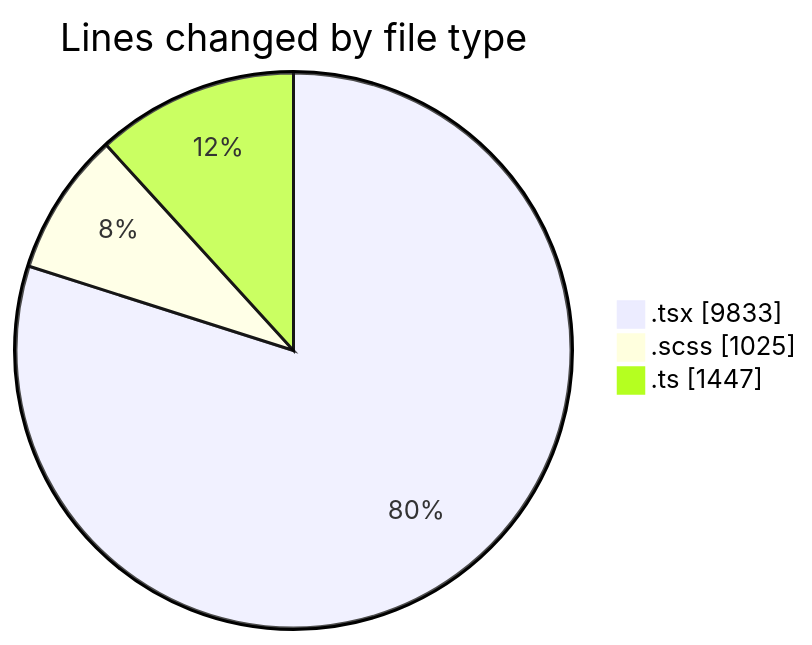
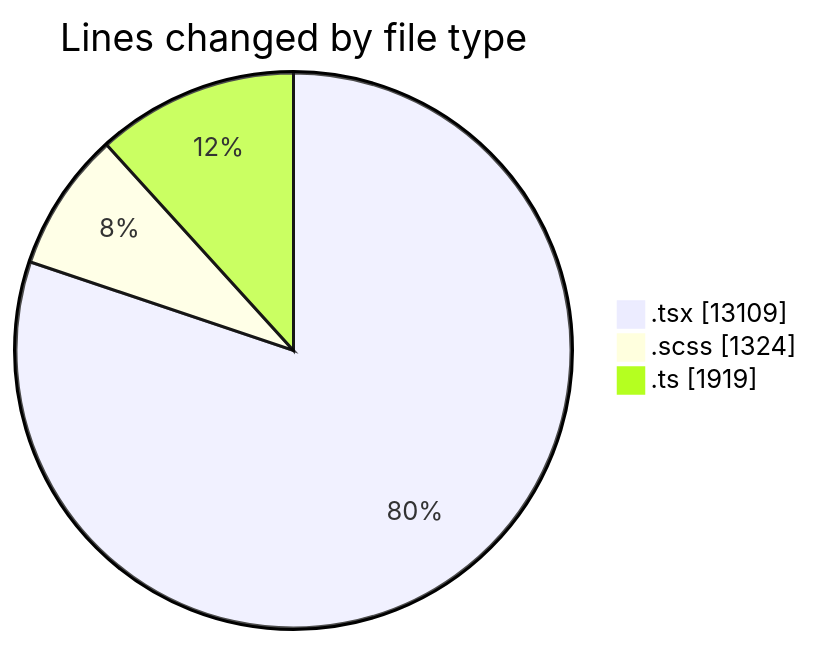
One commit to momahboobian/code-tracking changed the first of 2 diagrams in 2026-05-01/cda/README.md. Above: the diagram before and after it, drawn with Mermaid. The commit also changed other lines of this file and 1 other file, not shown here.

````diff
--- a/2026-05-01/cda/README.md
+++ b/2026-05-01/cda/README.md
@@ -65,7 +65,7 @@
 ```mermaid
 pie showData
 title Lines changed by file type
-".tsx" : 9833
-".scss" : 1025
-".ts" : 1447
+".tsx" : 13109
+".scss" : 1324
+".ts" : 1919
 ```
````
